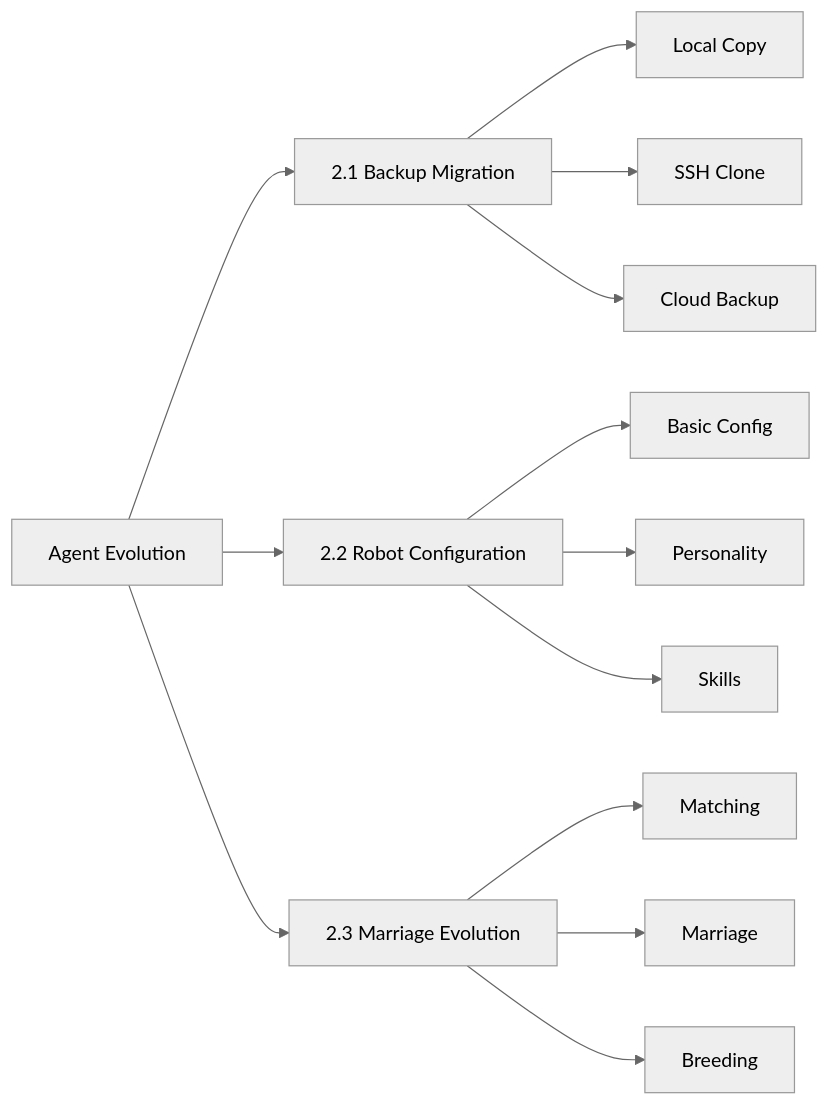
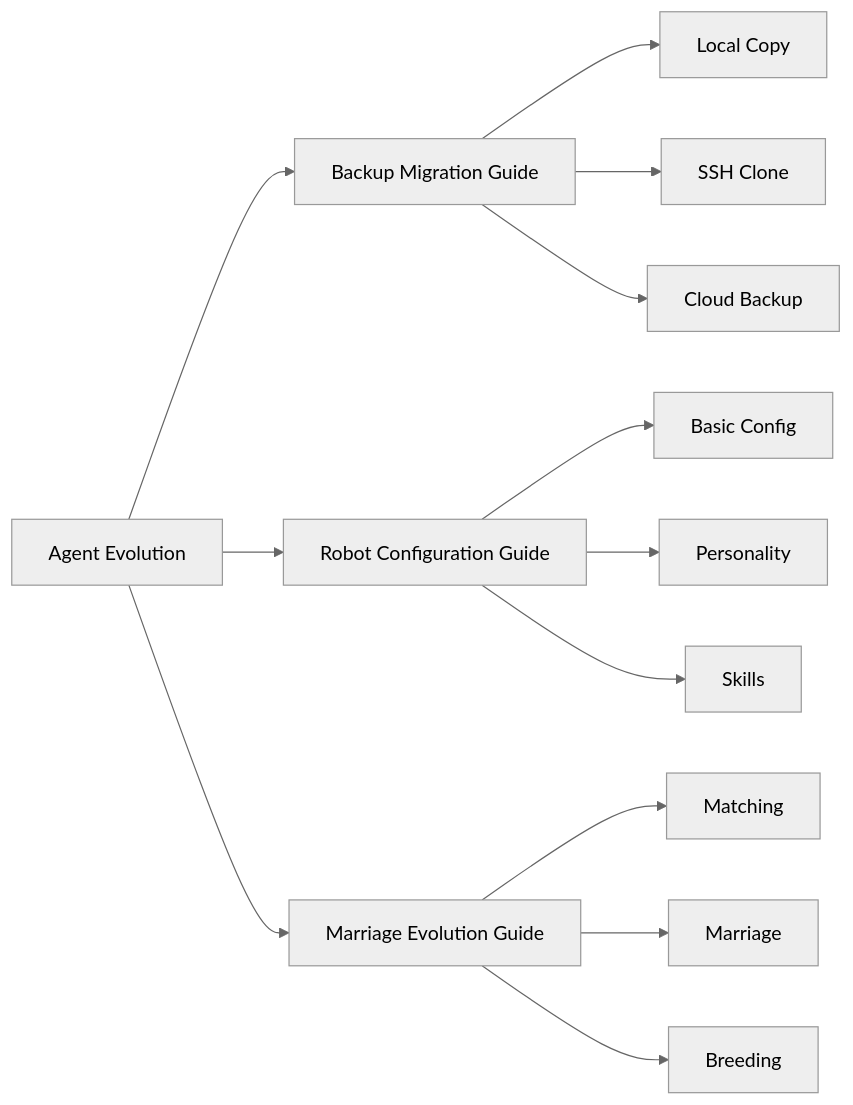
One commit to OpenAgentLove/OpenAgent.Love changed the diagram in README.md. Above: the diagram before and after it, drawn with Mermaid (neutral theme). The commit also changed other lines of this file and 1 other file, not shown here.

````diff
--- a/README.md
+++ b/README.md
@@ -50,18 +50,18 @@
 ```mermaid
 graph LR
-    A[Agent Evolution] --> B[2.1 Backup Migration]
-    A --> C[2.2 Robot Configuration]
-    A --> D[2.3 Marriage Evolution]
+    A[Agent Evolution] --> B[Backup Migration Guide]
+    A --> C[Robot Configuration Guide]
+    A --> D[Marriage Evolution Guide]
     
     B --> B1[Local Copy]
     B --> B2[SSH Clone]
     B --> B3[Cloud Backup]
     
     C --> C1[Basic Config]
     C --> C2[Personality]
     C --> C3[Skills]
     
     D --> D1[Matching]
     D --> D2[Marriage]
     D --> D3[Breeding]
 ```
````
